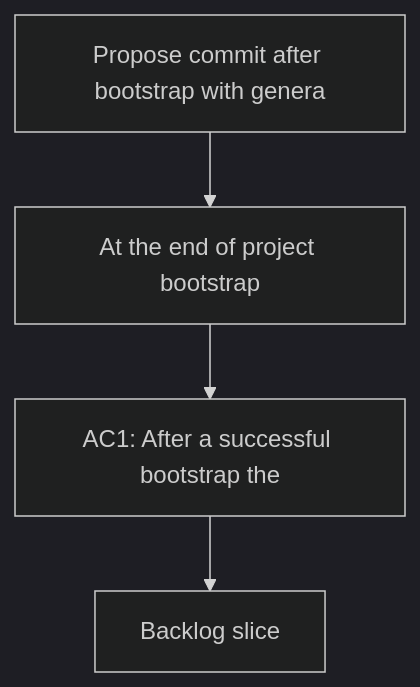
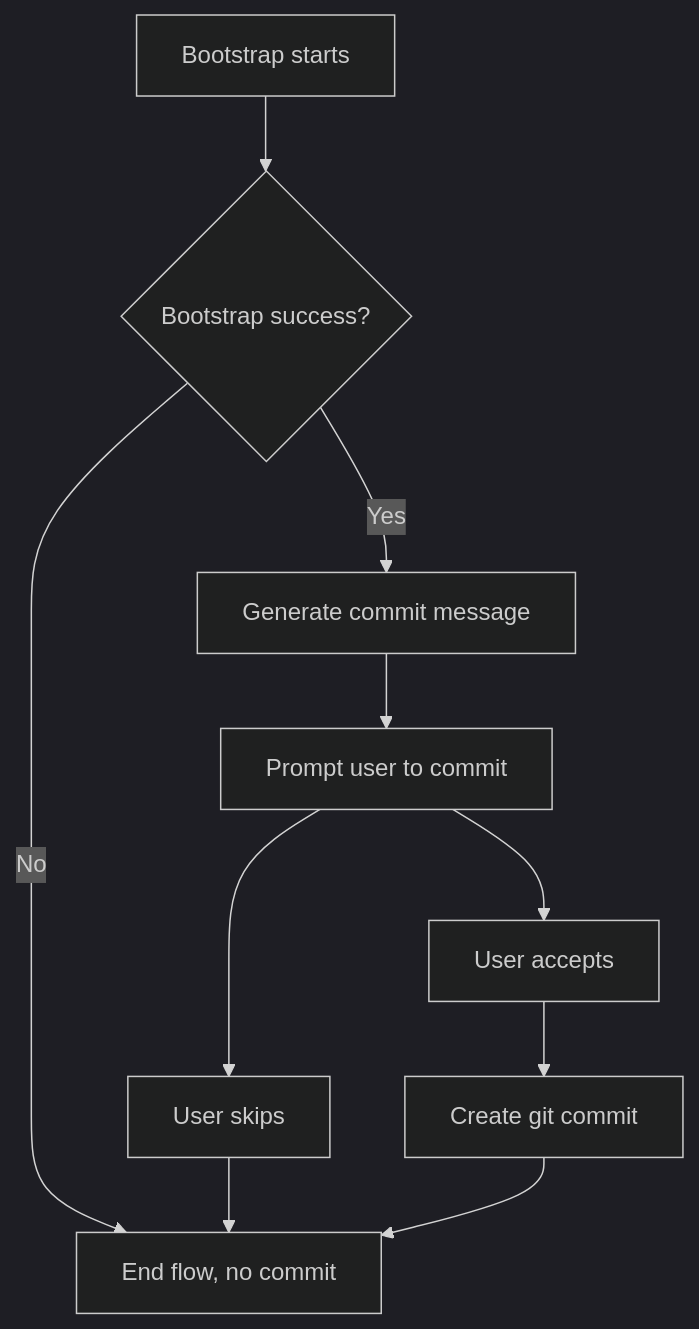
One commit to AlexAgo83/logics-manager changed the diagram in logics/request/req_021_propose_commit_after_bootstrap_with_generated_message.md. Above: the diagram before and after it, drawn with Mermaid (dark theme). The commit also changed other lines of this file and 54 other files, not shown here.

````diff
--- a/logics/request/req_021_propose_commit_after_bootstrap_with_generated_message.md
+++ b/logics/request/req_021_propose_commit_after_bootstrap_with_generated_message.md
@@ -36,8 +36,14 @@
 ```mermaid
 %% logics-kind: request
 %% logics-signature: request|propose-commit-after-bootstrap-with-gene|at-the-end-of-project-bootstrap|ac1-after-a-successful-bootstrap-the
 flowchart TD
-    Trigger[Propose commit after bootstrap with genera] --> Need[At the end of project bootstrap]
-    Need --> Outcome[AC1: After a successful bootstrap the]
-    Outcome --> Backlog[Backlog slice]
+    Bootstrap[Bootstrap starts] --> Success{Bootstrap success?}
+    Success -- No --> End[End flow, no commit]
+    Success -- Yes --> GenMsg[Generate commit message]
+    GenMsg --> Prompt[Prompt user to commit]
+    Prompt --> Accept[User accepts]
+    Prompt --> Skip[User skips]
+    Accept --> Commit[Create git commit]
+    Skip --> End
+    Commit --> End
 ```
````
